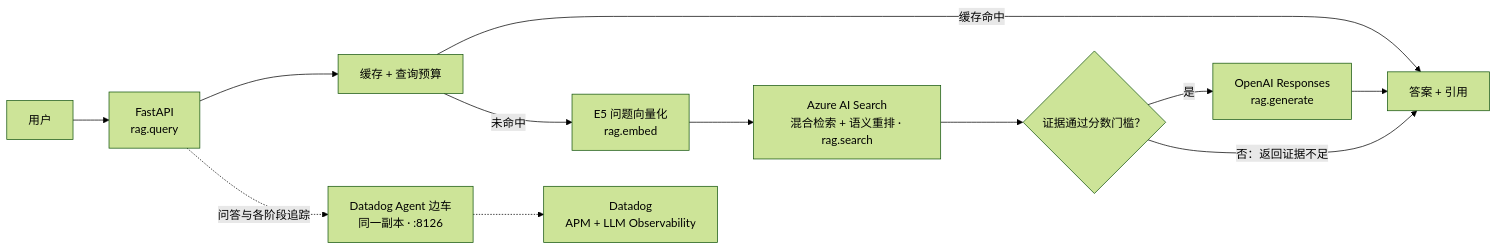
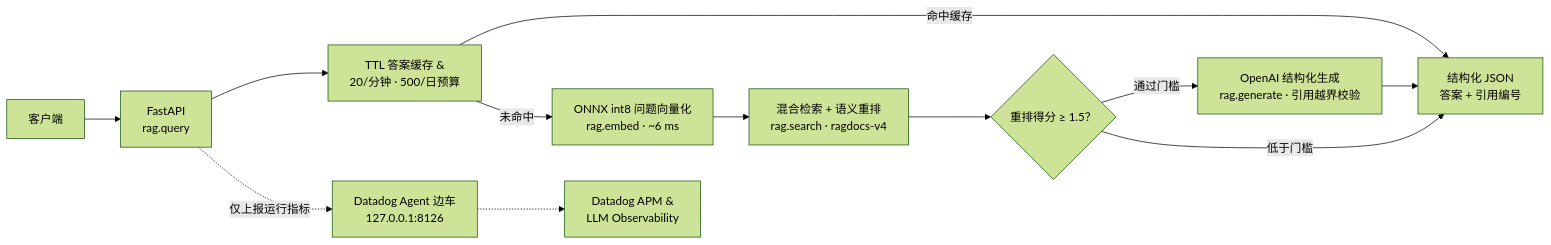
Before and after one commit to workHMZ/aca-ghcr-cicd-lab: the sixth of 9 diagrams in README.md, drawn with Mermaid (forest theme). The commit also changed other lines of this file and 1 other file, not shown here.

````diff
--- a/README.md
+++ b/README.md
@@ -393,14 +405,14 @@
 ```mermaid
 flowchart LR
-    Client["用户"] --> API["FastAPI<br/>rag.query"]
-    API --> Guard["缓存 + 查询预算"]
-    Guard -- "缓存命中" --> Response["答案 + 引用"]
-    Guard -- "未命中" --> QVec["E5 问题向量化<br/>rag.embed"]
-    QVec --> Search["Azure AI Search<br/>混合检索 + 语义重排 · rag.search"]
-    Search --> Evidence{"证据通过分数门槛？"}
-    Evidence -- "是" --> LLM["OpenAI Responses<br/>rag.generate"]
-    Evidence -- "否：返回证据不足" --> Response
-    LLM --> Response
-    API -. "问答与各阶段追踪" .-> Agent["Datadog Agent 边车<br/>同一副本 · :8126"]
-    Agent -.-> DD["Datadog<br/>APM + LLM Observability"]
+    Client["客户端"] --> API["FastAPI<br/>rag.query"]
+    API --> Guard["TTL 答案缓存 &<br/>20/分钟 · 500/日预算"]
+    Guard -- "命中缓存" --> Resp["结构化 JSON<br/>答案 + 引用编号"]
+    Guard -- "未命中" --> QEmbed["ONNX int8 问题向量化<br/>rag.embed · ~6 ms"]
+    QEmbed --> Search["混合检索 + 语义重排<br/>rag.search · ragdocs-v4"]
+    Search --> Floor{"重排得分 ≥ 1.5？"}
+    Floor -- "通过门槛" --> Gen["OpenAI 结构化生成<br/>rag.generate · 引用越界校验"]
+    Floor -- "低于门槛" --> Resp
+    Gen --> Resp
+    API -. "仅上报运行指标" .-> Sidecar["Datadog Agent 边车<br/>127.0.0.1:8126"]
+    Sidecar -.-> DD["Datadog APM &<br/>LLM Observability"]
 ```
````
